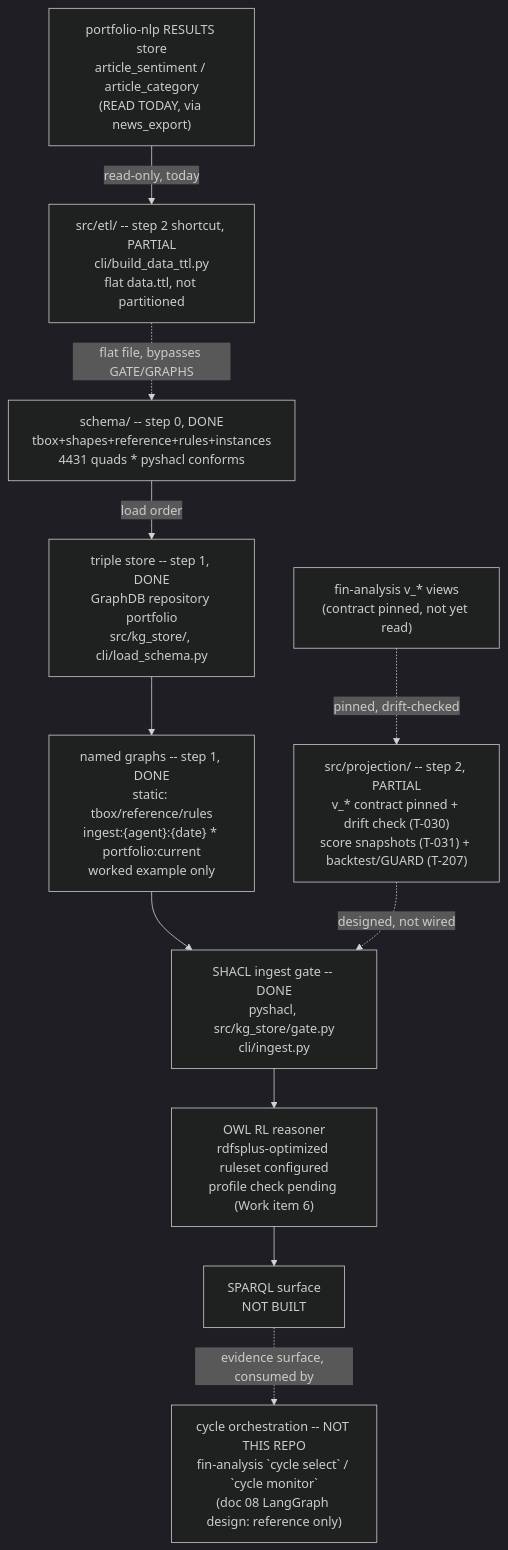
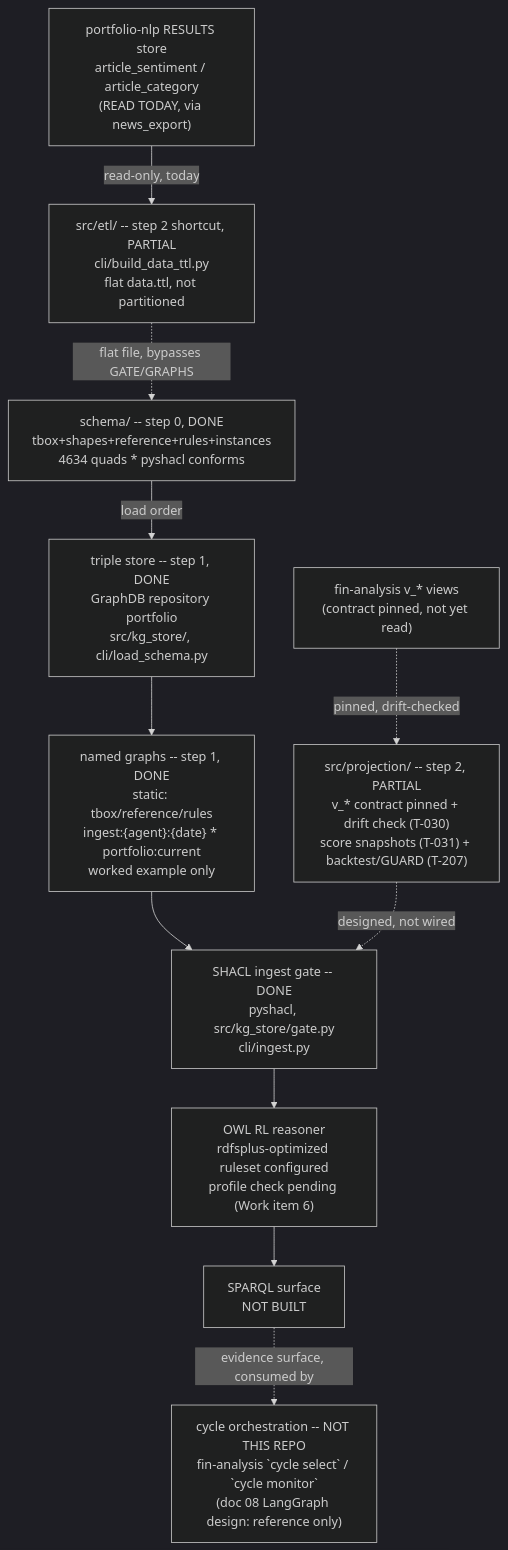
One commit to gamug/portfolio-knowledge-graph changed the diagram in .specify/memory/SPEC.md. Above: the diagram before and after it, drawn with Mermaid (dark theme). The commit also changed other lines of this file and 12 other files, not shown here.

````diff
--- a/.specify/memory/SPEC.md
+++ b/.specify/memory/SPEC.md
@@ -995,22 +1016,22 @@
 ```mermaid
 flowchart TB
-    SCHEMA["schema/ -- step 0, DONE<br/>tbox+shapes+reference+rules+instances<br/>4431 quads * pyshacl conforms"]
+    SCHEMA["schema/ -- step 0, DONE<br/>tbox+shapes+reference+rules+instances<br/>4634 quads * pyshacl conforms"]
     STORE["triple store -- step 1, DONE<br/>GraphDB repository portfolio<br/>src/kg_store/, cli/load_schema.py"]
     GRAPHS["named graphs -- step 1, DONE<br/>static: tbox/reference/rules<br/>ingest:{agent}:{date} * portfolio:current<br/>worked example only"]
     GATE["SHACL ingest gate -- DONE<br/>pyshacl, src/kg_store/gate.py<br/>cli/ingest.py"]
     PROJ["src/projection/ -- step 2, PARTIAL<br/>v_* contract pinned + drift check (T-030)<br/>score snapshots (T-031) + backtest/GUARD (T-207)"]
     FIN["fin-analysis v_* views<br/>(contract pinned, not yet read)"]
     NLPRES["portfolio-nlp RESULTS store<br/>article_sentiment / article_category<br/>(READ TODAY, via news_export)"]
     ETL["src/etl/ -- step 2 shortcut, PARTIAL<br/>cli/build_data_ttl.py<br/>flat data.ttl, not partitioned"]
     REASON["OWL RL reasoner<br/>rdfsplus-optimized ruleset configured<br/>profile check pending (Work item 6)"]
     SPARQL["SPARQL surface<br/>NOT BUILT"]
     AGENTS["cycle orchestration -- NOT THIS REPO<br/>fin-analysis `cycle select` / `cycle monitor`<br/>(doc 08 LangGraph design: reference only)"]
 
     SCHEMA -->|load order| STORE --> GRAPHS --> GATE
     FIN -.->|pinned, drift-checked| PROJ
     PROJ -.->|designed, not wired| GATE
     NLPRES -->|read-only, today| ETL
     ETL -.->|flat file, bypasses GATE/GRAPHS| SCHEMA
     GATE --> REASON --> SPARQL
     SPARQL -.->|evidence surface, consumed by| AGENTS
 ```
````
